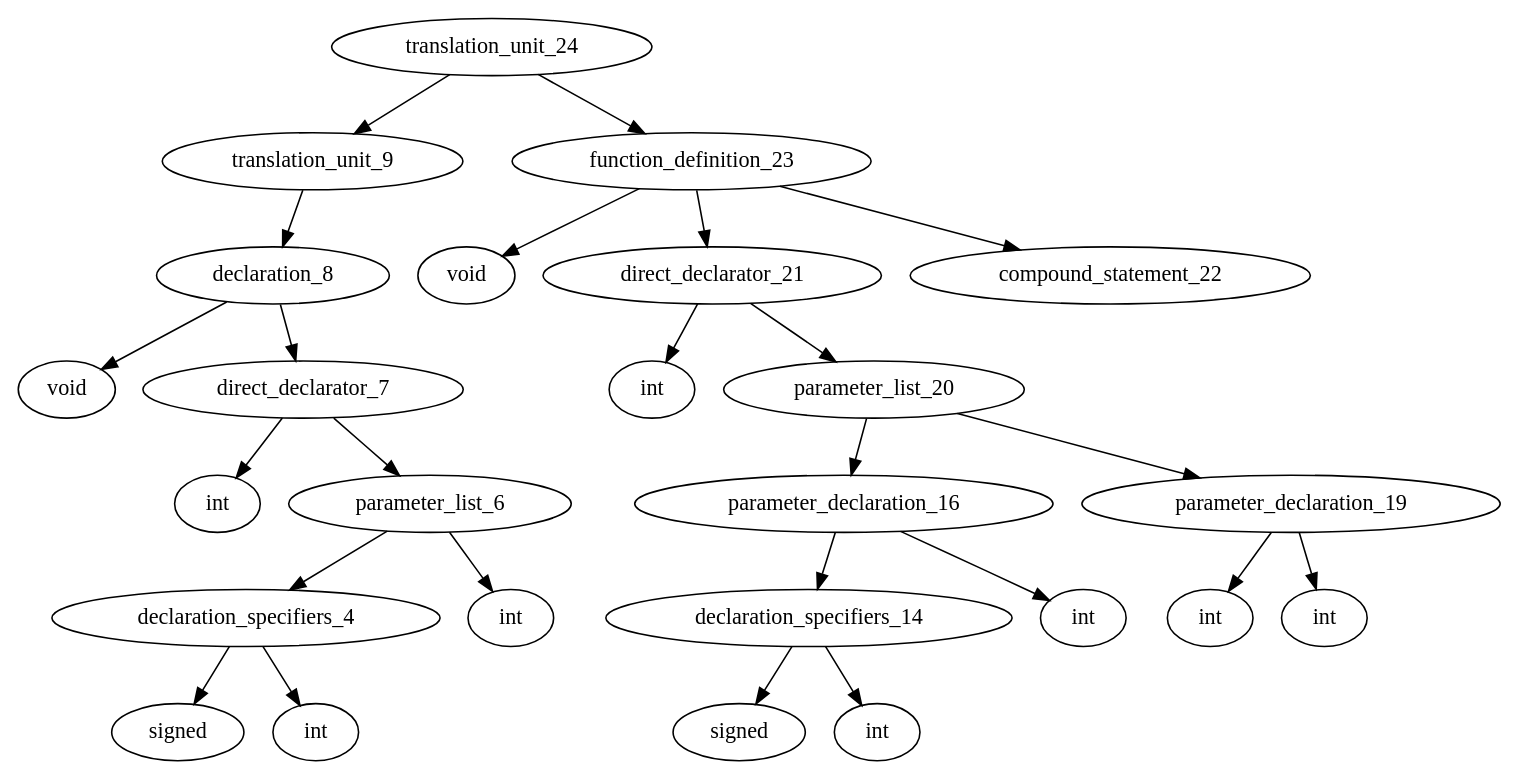
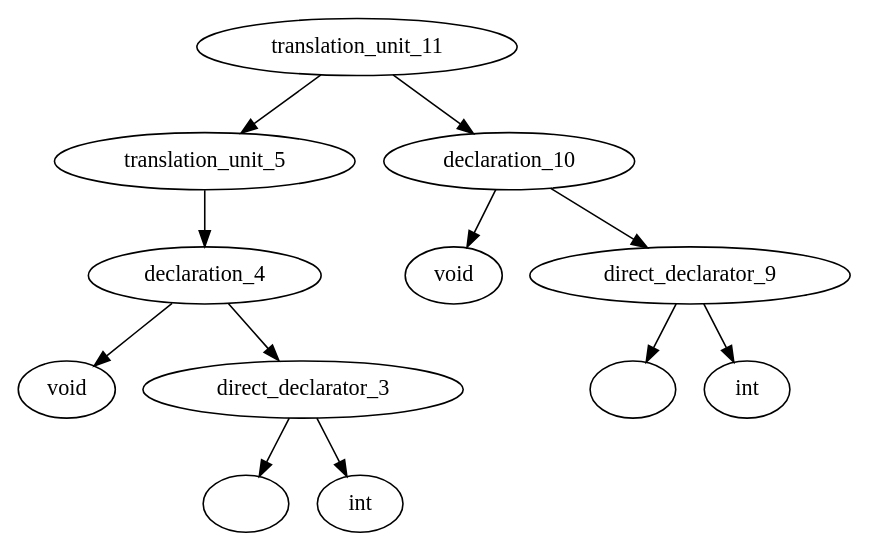
The diagram in graphs/default.gv (ahpalmerUNR/c_compiler), drawn with Graphviz before and after one commit. The commit also changed 6 other files, not shown here.

```diff
--- a/graphs/default.gv
+++ b/graphs/default.gv
@@ -1,38 +1,19 @@
 digraph AST {
-	translation_unit_24 -> translation_unit_9;
-	translation_unit_9 -> declaration_8;
-	declaration_8 -> type_specifier_0;
+	translation_unit_11 -> translation_unit_5;
+	translation_unit_5 -> declaration_4;
+	declaration_4 -> type_specifier_0;
 	type_specifier_0 [label="void"]
-	declaration_8 -> direct_declarator_7;
-	direct_declarator_7 -> identifier_1;
-	identifier_1 [label="int"]
-	direct_declarator_7 -> parameter_list_6;
-	parameter_list_6 -> declaration_specifiers_4;
-	declaration_specifiers_4 -> type_specifier_2;
-	type_specifier_2 [label="signed"]
-	declaration_specifiers_4 -> type_specifier_3;
-	type_specifier_3 [label="int"]
-	parameter_list_6 -> type_specifier_5;
-	type_specifier_5 [label="int"]
-	translation_unit_24 -> function_definition_23;
-	function_definition_23 -> type_specifier_10;
-	type_specifier_10 [label="void"]
-	function_definition_23 -> direct_declarator_21;
-	direct_declarator_21 -> identifier_11;
-	identifier_11 [label="int"]
-	direct_declarator_21 -> parameter_list_20;
-	parameter_list_20 -> parameter_declaration_16;
-	parameter_declaration_16 -> declaration_specifiers_14;
-	declaration_specifiers_14 -> type_specifier_12;
-	type_specifier_12 [label="signed"]
-	declaration_specifiers_14 -> type_specifier_13;
-	type_specifier_13 [label="int"]
-	parameter_declaration_16 -> identifier_15;
-	identifier_15 [label="int"]
-	parameter_list_20 -> parameter_declaration_19;
-	parameter_declaration_19 -> type_specifier_17;
-	type_specifier_17 [label="int"]
-	parameter_declaration_19 -> identifier_18;
-	identifier_18 [label="int"]
-	function_definition_23 -> compound_statement_22;
+	declaration_4 -> direct_declarator_3;
+	direct_declarator_3 -> identifier_1;
+	identifier_1 [label=""]
+	direct_declarator_3 -> type_specifier_2;
+	type_specifier_2 [label="int"]
+	translation_unit_11 -> declaration_10;
+	declaration_10 -> type_specifier_6;
+	type_specifier_6 [label="void"]
+	declaration_10 -> direct_declarator_9;
+	direct_declarator_9 -> identifier_7;
+	identifier_7 [label=""]
+	direct_declarator_9 -> type_specifier_8;
+	type_specifier_8 [label="int"]
 }
```
